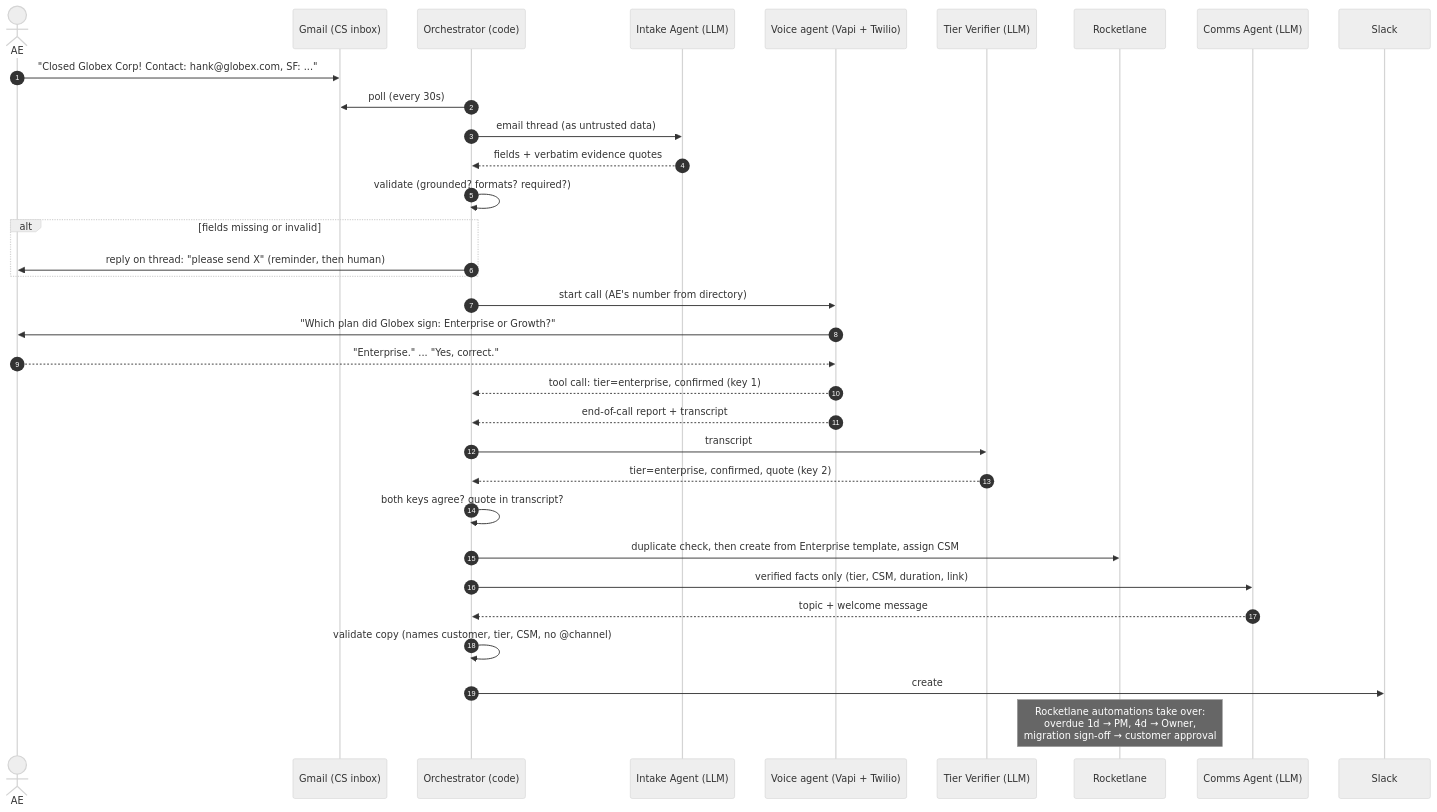
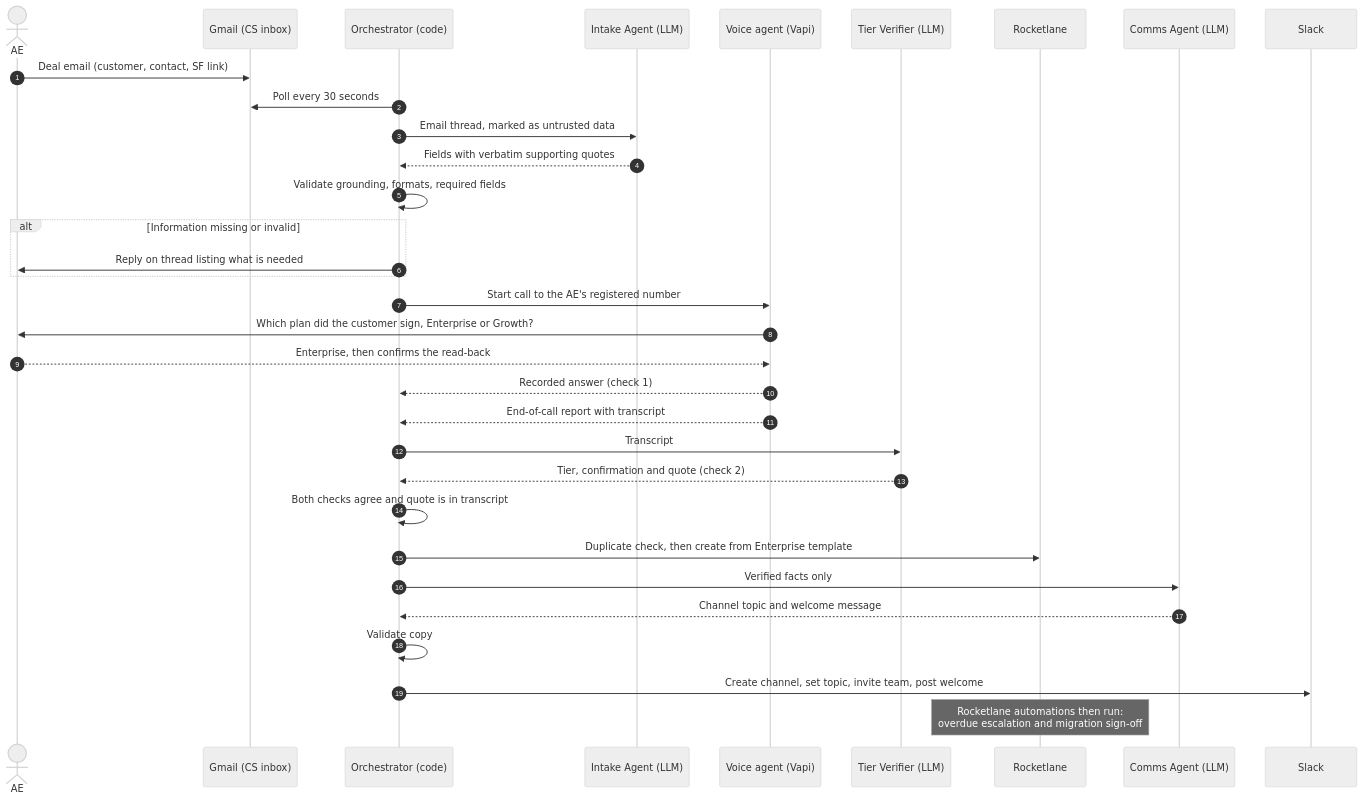
One commit to mks2122/rocketlane-fde changed the second of 4 diagrams in docs/requirements.md. Above: the diagram before and after it, drawn with Mermaid (neutral theme). The commit also changed other lines of this file and 1 other file, not shown here.

Commit message:
Docs: formal Part 1 requirements document and PDF; record confirmed decisions

````diff
--- a/docs/requirements.md
+++ b/docs/requirements.md
@@ -75,36 +97,36 @@
 ```mermaid
 sequenceDiagram
     autonumber
     actor AE
     participant Gmail as Gmail (CS inbox)
     participant Orch as Orchestrator (code)
     participant Intake as Intake Agent (LLM)
-    participant Voice as Voice agent (Vapi + Twilio)
+    participant Voice as Voice agent (Vapi)
     participant Verifier as Tier Verifier (LLM)
     participant RL as Rocketlane
     participant Comms as Comms Agent (LLM)
     participant Slack
 
-    AE->>Gmail: "Closed Globex Corp! Contact: hank@globex.com, SF: ..."
-    Orch->>Gmail: poll (every 30s)
-    Orch->>Intake: email thread (as untrusted data)
-    Intake-->>Orch: fields + verbatim evidence quotes
-    Orch->>Orch: validate (grounded? formats? required?)
-    alt fields missing or invalid
-        Orch->>AE: reply on thread: "please send X" (reminder, then human)
+    AE->>Gmail: Deal email (customer, contact, SF link)
+    Orch->>Gmail: Poll every 30 seconds
+    Orch->>Intake: Email thread, marked as untrusted data
+    Intake-->>Orch: Fields with verbatim supporting quotes
+    Orch->>Orch: Validate grounding, formats, required fields
+    alt Information missing or invalid
+        Orch->>AE: Reply on thread listing what is needed
     end
-    Orch->>Voice: start call (AE's number from directory)
-    Voice->>AE: "Which plan did Globex sign: Enterprise or Growth?"
-    AE-->>Voice: "Enterprise." ... "Yes, correct."
-    Voice-->>Orch: tool call: tier=enterprise, confirmed (key 1)
-    Voice-->>Orch: end-of-call report + transcript
-    Orch->>Verifier: transcript
-    Verifier-->>Orch: tier=enterprise, confirmed, quote (key 2)
-    Orch->>Orch: both keys agree? quote in transcript?
-    Orch->>RL: duplicate check, then create from Enterprise template, assign CSM
-    Orch->>Comms: verified facts only (tier, CSM, duration, link)
-    Comms-->>Orch: topic + welcome message
-    Orch->>Orch: validate copy (names customer, tier, CSM, no @channel)
-    Orch->>Slack: create #onb-globex-corp-xxxx, set topic, invite, post welcome
-    Note over RL: Rocketlane automations take over:<br/>overdue 1d → PM, 4d → Owner,<br/>migration sign-off → customer approval
+    Orch->>Voice: Start call to the AE's registered number
+    Voice->>AE: Which plan did the customer sign, Enterprise or Growth?
+    AE-->>Voice: Enterprise, then confirms the read-back
+    Voice-->>Orch: Recorded answer (check 1)
+    Voice-->>Orch: End-of-call report with transcript
+    Orch->>Verifier: Transcript
+    Verifier-->>Orch: Tier, confirmation and quote (check 2)
+    Orch->>Orch: Both checks agree and quote is in transcript
+    Orch->>RL: Duplicate check, then create from Enterprise template
+    Orch->>Comms: Verified facts only
+    Comms-->>Orch: Channel topic and welcome message
+    Orch->>Orch: Validate copy
+    Orch->>Slack: Create channel, set topic, invite team, post welcome
+    Note over RL: Rocketlane automations then run:<br/>overdue escalation and migration sign-off
 ```
````
